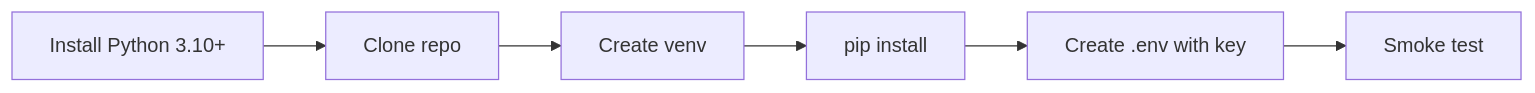
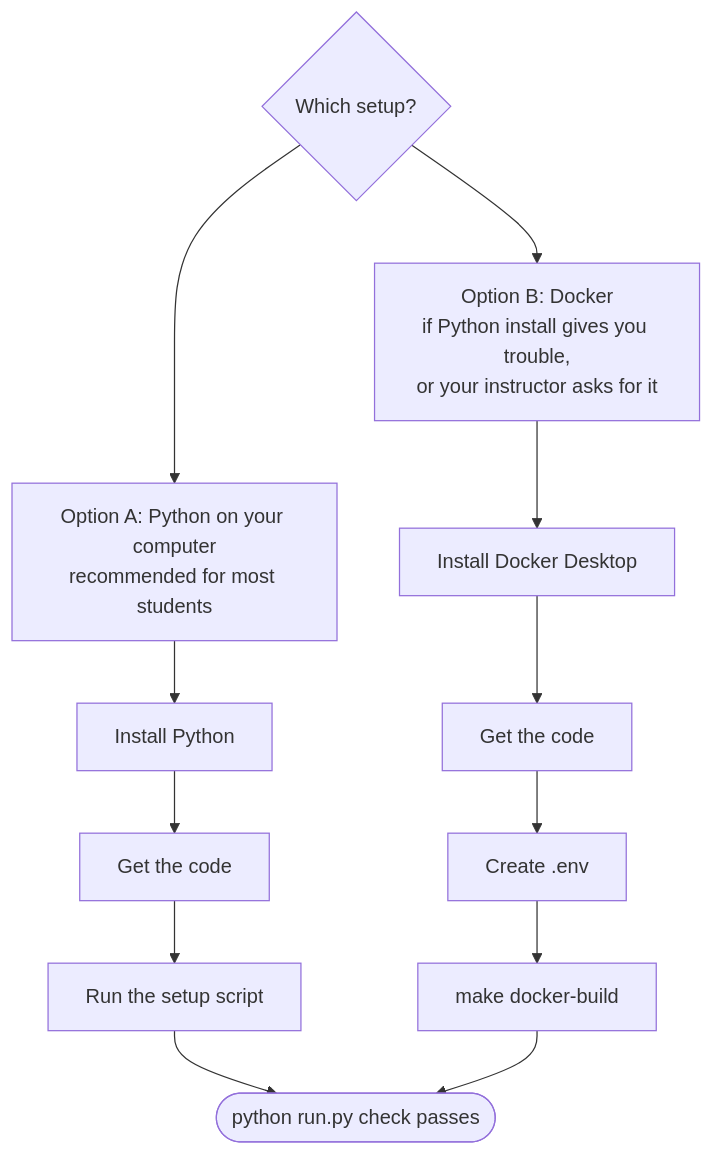
The first of 2 diagrams in guides/STUDENT_GUIDE.md (iportilla/5350-chatbot), drawn with Mermaid before and after one commit. The commit also changed other lines of this file and 21 other files, not shown here.

First line of the commit message:
Add cross-platform setup: scripts, run.py launcher, Docker, Makefile

````diff
--- a/guides/STUDENT_GUIDE.md
+++ b/guides/STUDENT_GUIDE.md
@@ -19,4 +21,7 @@
 ```mermaid
-flowchart LR
-    A["Install Python 3.10+"] --> B["Clone repo"] --> C["Create venv"] --> D["pip install"] --> E["Create .env with key"] --> F["Smoke test"]
+flowchart TD
+    S{"Which setup?"} --> A["Option A: Python on your computer<br/>recommended for most students"]
+    S --> B["Option B: Docker<br/>if Python install gives you trouble,<br/>or your instructor asks for it"]
+    A --> A1["Install Python"] --> A2["Get the code"] --> A3["Run the setup script"] --> DONE(["python run.py check passes"])
+    B --> B1["Install Docker Desktop"] --> B2["Get the code"] --> B3["Create .env"] --> B4["make docker-build"] --> DONE
 ```
````
